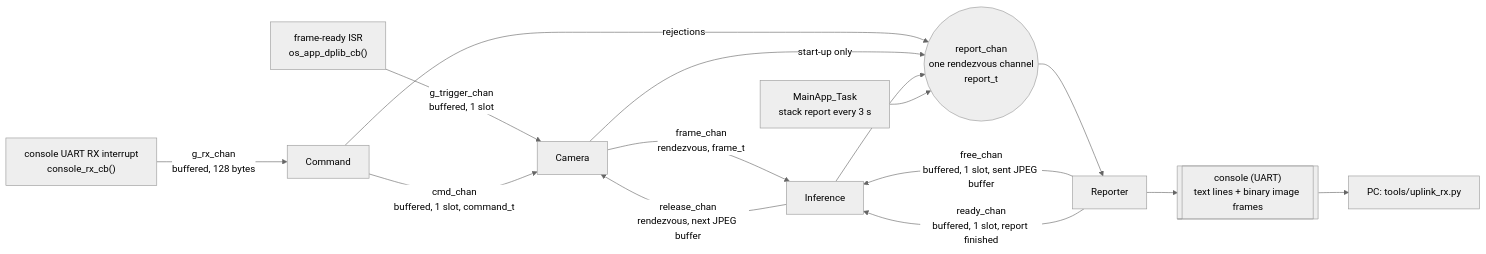
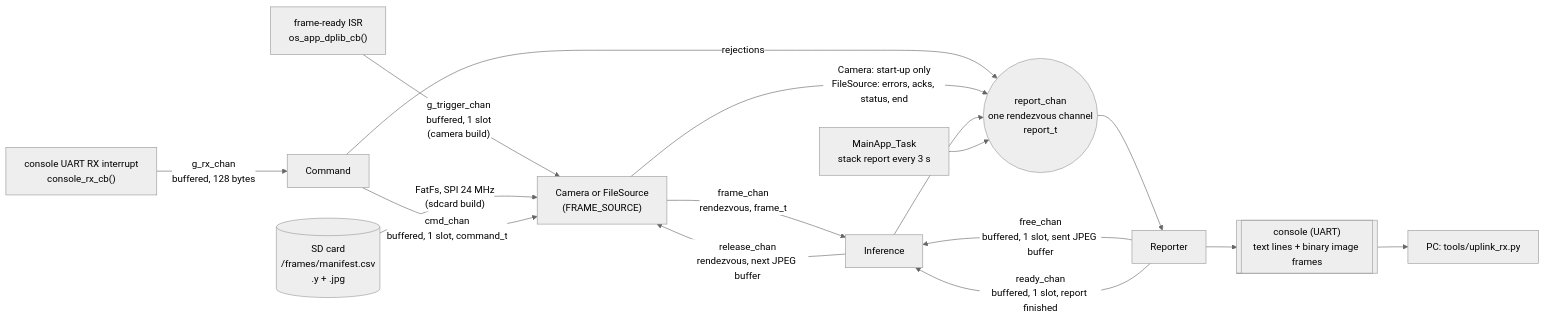
Before and after one commit to OliverFaust/HimaxWE2-CSP4CMSIS: the diagram in EPII_CM55M_APP_S/app/scenario_app/csp4cmsis_neuropathway_image_uplink/README.md, drawn with Mermaid (neutral theme). The commit also changed other lines of this file and 8 other files, not shown here.

First line of the commit message:
Stage C: frame-source model, README sections 16-20

````diff
--- a/EPII_CM55M_APP_S/app/scenario_app/csp4cmsis_neuropathway_image_uplink/README.md
+++ b/EPII_CM55M_APP_S/app/scenario_app/csp4cmsis_neuropathway_image_uplink/README.md
@@ -22,17 +26,18 @@
 ```mermaid
 flowchart LR
-    ISR["frame-ready ISR<br/>os_app_dplib_cb()"] -->|"g_trigger_chan<br/>buffered, 1 slot"| Camera
-    Camera -->|"frame_chan<br/>rendezvous, frame_t"| Inference
+    ISR["frame-ready ISR<br/>os_app_dplib_cb()"] -->|"g_trigger_chan<br/>buffered, 1 slot<br/>(camera build)"| Camera
+    SD[("SD card<br/>/frames/manifest.csv<br/>.y + .jpg")] -->|"FatFs, SPI 24 MHz<br/>(sdcard build)"| Camera
+    Camera["Camera or FileSource<br/>(FRAME_SOURCE)"] -->|"frame_chan<br/>rendezvous, frame_t"| Inference
     Inference -->|"release_chan<br/>rendezvous, next JPEG buffer"| Camera
     UART["console UART RX interrupt<br/>console_rx_cb()"] -->|"g_rx_chan<br/>buffered, 128 bytes"| Command
     Command -->|"cmd_chan<br/>buffered, 1 slot, command_t"| Camera
     Command -->|"rejections"| report_chan
     Reporter -->|"free_chan<br/>buffered, 1 slot, sent JPEG buffer"| Inference
     Reporter -->|"ready_chan<br/>buffered, 1 slot, report finished"| Inference
-    Camera -->|"start-up only"| report_chan
+    Camera -->|"Camera: start-up only<br/>FileSource: errors, acks, status, end"| report_chan
     Inference --> report_chan
     MainApp["MainApp_Task<br/>stack report every 3 s"] --> report_chan
     report_chan(("report_chan<br/>one rendezvous channel<br/>report_t")) --> Reporter
     Reporter --> Console[["console (UART)<br/>text lines + binary image frames"]]
     Console --> PC["PC: tools/uplink_rx.py"]
 ```
````
